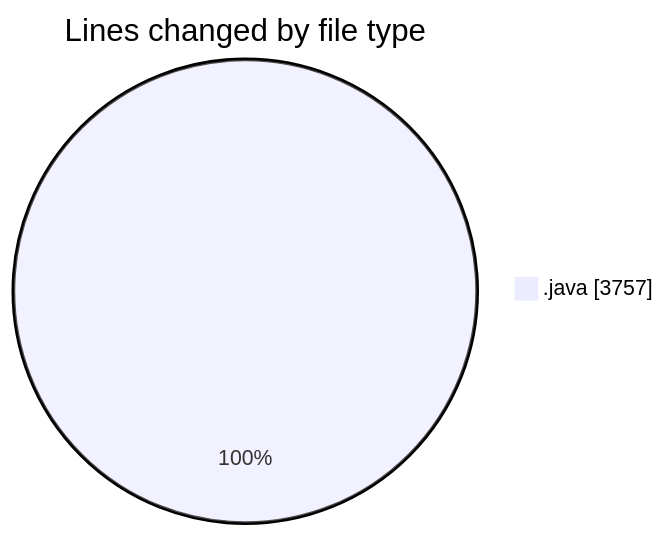
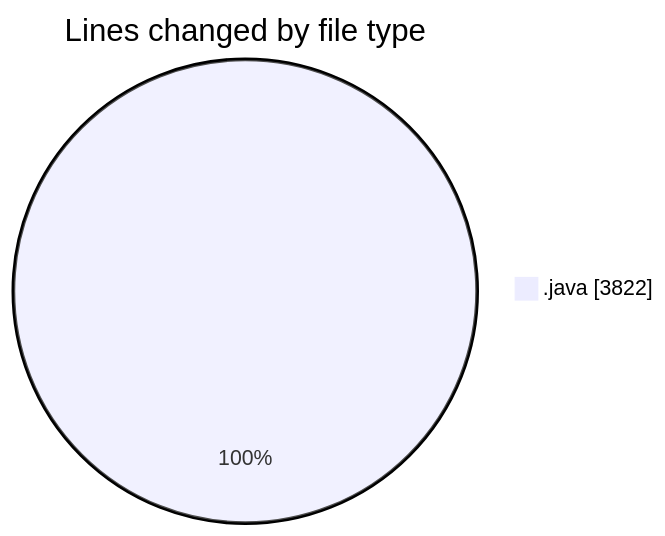
One commit to charlie-sans/code-tracking changed the first of 2 diagrams in 2025-02-18/masm/README.md. Above: the diagram before and after it, drawn with Mermaid. The commit also changed other lines of this file and 1 other file, not shown here.

````diff
--- a/2025-02-18/masm/README.md
+++ b/2025-02-18/masm/README.md
@@ -26,5 +27,5 @@
 ```mermaid
 pie showData
 title Lines changed by file type
-".java" : 3757
+".java" : 3822
 ```
````
